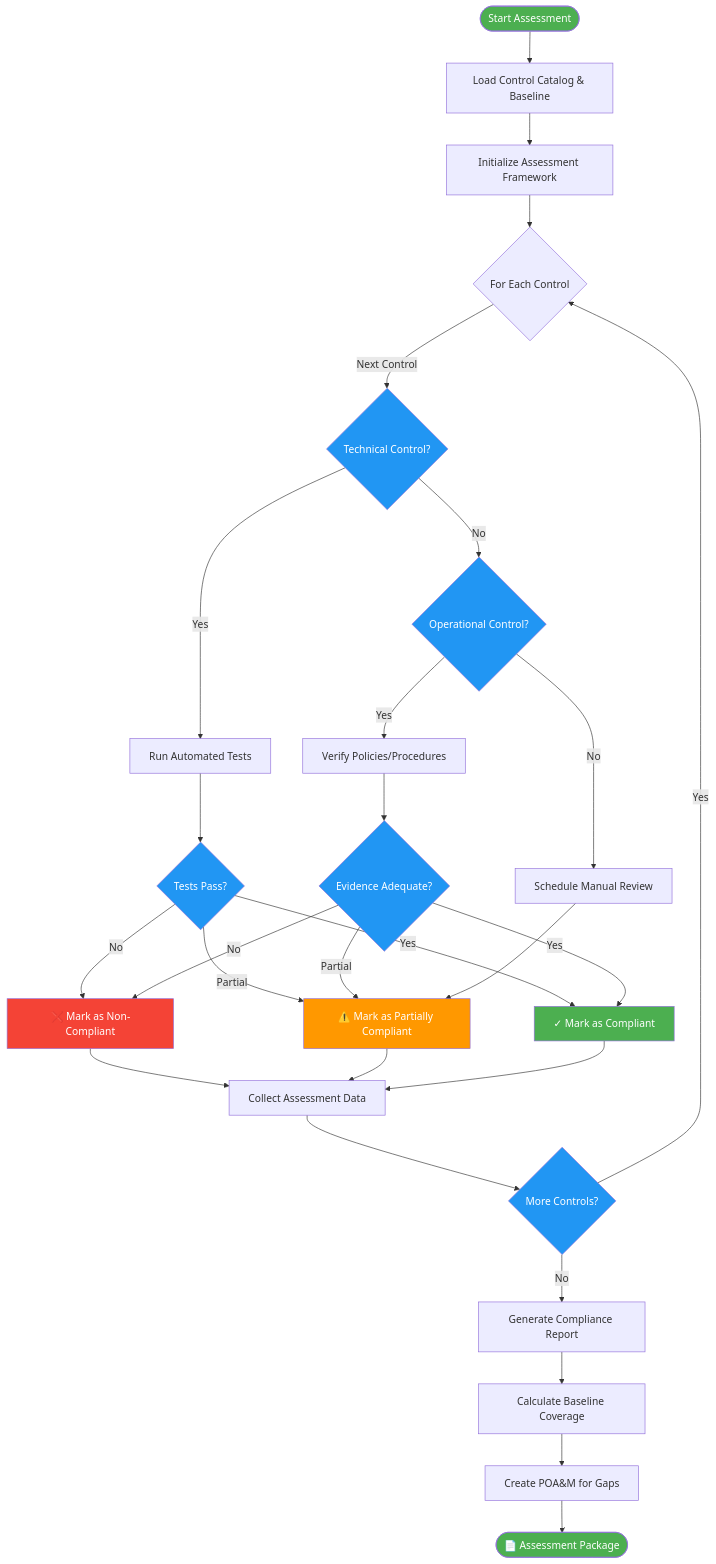
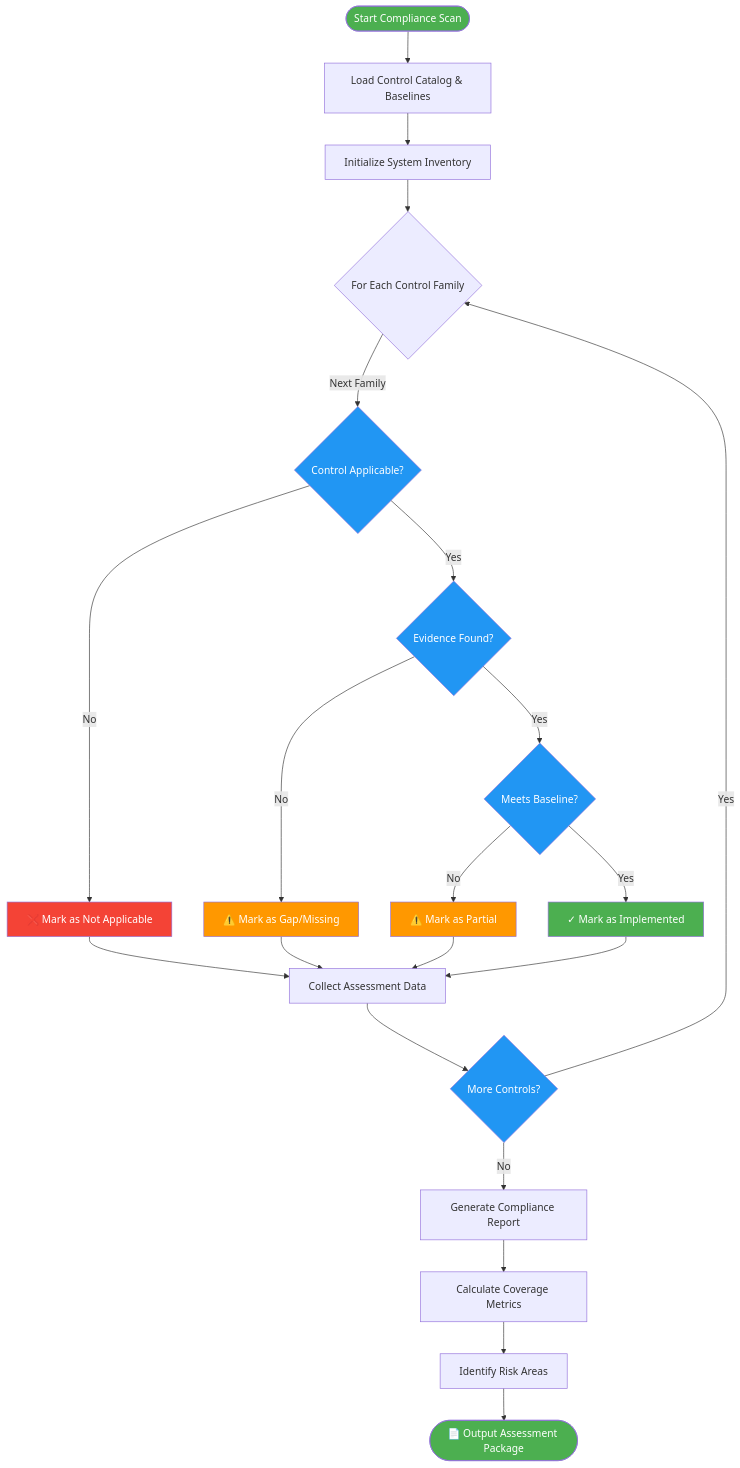
One commit to Suren-Jewels/Scripts-Toolkit changed the third of 4 diagrams in security-compliance/nist-frameworks/nist-800-53/README.md. Above: the diagram before and after it, drawn with Mermaid. The commit also changed other lines of this file, not shown here.

````diff
--- a/security-compliance/nist-frameworks/nist-800-53/README.md
+++ b/security-compliance/nist-frameworks/nist-800-53/README.md
@@ -137,53 +137,43 @@
 ```mermaid
 flowchart TD
-    Start([Start Assessment]) --> Step1[Load Control Catalog & Baseline]
-    Step1 --> Step2[Initialize Assessment Framework]
+    Start([Start Compliance Scan]) --> Step1[Load Control Catalog & Baselines]
+    Step1 --> Step2[Initialize System Inventory]
     
-    Step2 --> Loop{For Each Control}
+    Step2 --> Loop{For Each Control Family}
     
-    Loop -->|Next Control| Decision1{Technical Control?}
+    Loop -->|Next Family| Decision1{Control Applicable?}
     
-    Decision1 -->|No| Decision2{Operational Control?}
-    Decision1 -->|Yes| AutoTest[Run Automated Tests]
+    Decision1 -->|No| Action1[❌ Mark as Not Applicable]
+    Decision1 -->|Yes| Decision2{Evidence Found?}
     
-    Decision2 -->|No| ManualReview[Schedule Manual Review]
-    Decision2 -->|Yes| PolicyCheck[Verify Policies/Procedures]
+    Decision2 -->|No| Action2[⚠️ Mark as Gap/Missing]
+    Decision2 -->|Yes| Decision3{Meets Baseline?}
     
-    AutoTest --> TestResult{Tests Pass?}
-    
-    TestResult -->|No| Action1[❌ Mark as Non-Compliant]
-    TestResult -->|Partial| Action2[⚠️ Mark as Partially Compliant]
-    TestResult -->|Yes| Action3[✓ Mark as Compliant]
-    
-    PolicyCheck --> PolicyResult{Evidence Adequate?}
-    
-    PolicyResult -->|No| Action1
-    PolicyResult -->|Partial| Action2
-    PolicyResult -->|Yes| Action3
-    
-    ManualReview --> Action2
+    Decision3 -->|No| Action3[⚠️ Mark as Partial]
+    Decision3 -->|Yes| Action4[✓ Mark as Implemented]
     
     Action1 --> Collect[Collect Assessment Data]
     Action2 --> Collect
     Action3 --> Collect
+    Action4 --> Collect
     
     Collect --> MoreControls{More Controls?}
     
     MoreControls -->|Yes| Loop
     MoreControls -->|No| Generate[Generate Compliance Report]
     
-    Generate --> Calculate[Calculate Baseline Coverage]
-    Calculate --> CreatePOAM[Create POA&M for Gaps]
-    CreatePOAM --> Output([📄 Assessment Package])
+    Generate --> Calculate[Calculate Coverage Metrics]
+    Calculate --> Risk[Identify Risk Areas]
+    Risk --> Output([📄 Output Assessment Package])
     
     style Start fill:#4CAF50,color:#fff
     style Output fill:#4CAF50,color:#fff
-    style Action3 fill:#4CAF50,color:#fff
+    style Action4 fill:#4CAF50,color:#fff
     style Action2 fill:#FF9800,color:#fff
+    style Action3 fill:#FF9800,color:#fff
     style Action1 fill:#F44336,color:#fff
     style Decision1 fill:#2196F3,color:#fff
     style Decision2 fill:#2196F3,color:#fff
-    style TestResult fill:#2196F3,color:#fff
-    style PolicyResult fill:#2196F3,color:#fff
+    style Decision3 fill:#2196F3,color:#fff
     style MoreControls fill:#2196F3,color:#fff
 ```
````
